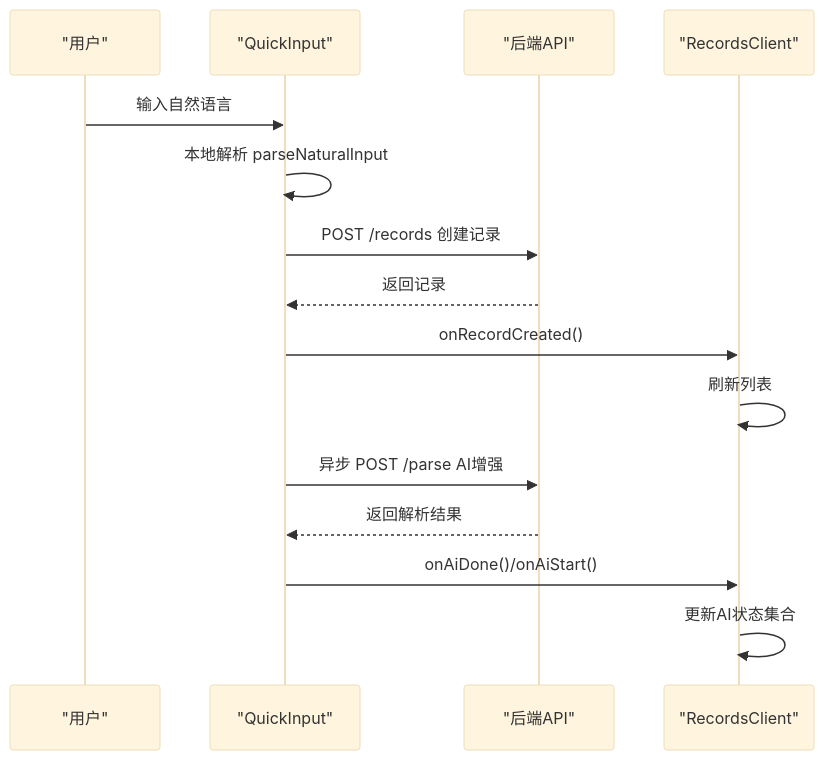
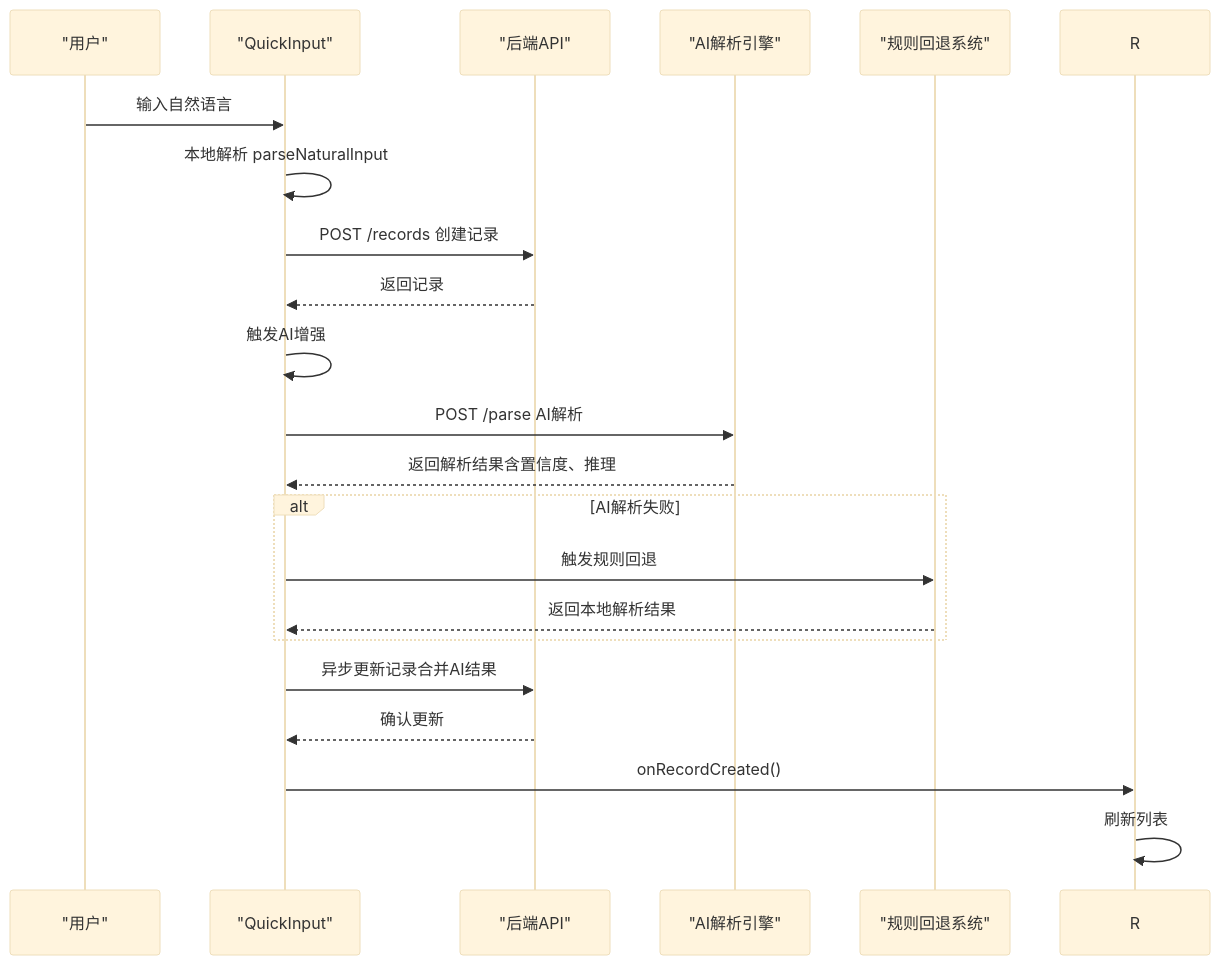
One commit to bbong1234/TETO changed the second of 4 diagrams in .qoder/repowiki/zh/content/UI组件系统/业务组件.md. Above: the diagram before and after it, drawn with Mermaid (base theme). The commit also changed other lines of this file and 10 other files, not shown here.

````diff
--- a/.qoder/repowiki/zh/content/UI组件系统/业务组件.md
+++ b/.qoder/repowiki/zh/content/UI组件系统/业务组件.md
@@ -168,17 +169,23 @@
 ```mermaid
 sequenceDiagram
 participant U as "用户"
 participant Q as "QuickInput"
 participant API as "后端API"
-participant R as "RecordsClient"
+participant AI as "AI解析引擎"
+participant Fallback as "规则回退系统"
 U->>Q : 输入自然语言
 Q->>Q : 本地解析 parseNaturalInput
 Q->>API : POST /records 创建记录
 API-->>Q : 返回记录
+Q->>Q : 触发AI增强
+Q->>AI : POST /parse AI解析
+AI-->>Q : 返回解析结果含置信度、推理
+alt AI解析失败
+Q->>Fallback : 触发规则回退
+Fallback-->>Q : 返回本地解析结果
+end
+Q->>API : 异步更新记录合并AI结果
+API-->>Q : 确认更新
 Q->>R : onRecordCreated()
 R->>R : 刷新列表
-Q->>API : 异步 POST /parse AI增强
-API-->>Q : 返回解析结果
-Q->>R : onAiDone()/onAiStart()
-R->>R : 更新AI状态集合
 ```
````
